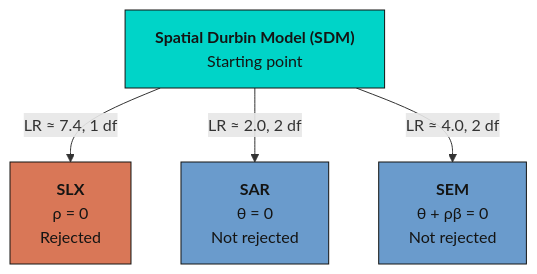
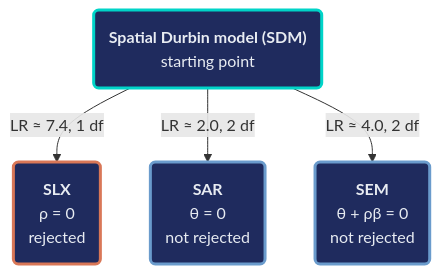
Before and after one commit to cmg777/starter-academic-v501: the third of 3 diagrams in content/post/stata_sp_regression_cross_section/index.md, drawn with Mermaid. The commit also changed other lines of this file and 10 other files, not shown here.

First line of the commit message:
content(mermaid): restyle flowcharts in Stata posts (batch 2 of 2) and the EM publication (EN/ES/JA); add log

````diff
--- a/content/post/stata_sp_regression_cross_section/index.md
+++ b/content/post/stata_sp_regression_cross_section/index.md
@@ -775,16 +777,17 @@
 ```mermaid
 graph TD
-    SDM["<b>Spatial Durbin Model (SDM)</b><br/>Starting point"]
-    SLX["<b>SLX</b><br/>ρ = 0<br/>Rejected"]
-    SAR["<b>SAR</b><br/>θ = 0<br/>Not rejected"]
-    SEM["<b>SEM</b><br/>θ + ρβ = 0<br/>Not rejected"]
+    SDM("<b>Spatial Durbin model (SDM)</b><br/>starting point")
+    SLX("<b>SLX</b><br/>ρ = 0<br/>rejected")
+    SAR("<b>SAR</b><br/>θ = 0<br/>not rejected")
+    SEM("<b>SEM</b><br/>θ + ρβ = 0<br/>not rejected")
 
     SDM -->|"LR ≈ 7.4, 1 df"| SLX
     SDM -->|"LR ≈ 2.0, 2 df"| SAR
     SDM -->|"LR ≈ 4.0, 2 df"| SEM
-
-    style SDM fill:#00d4c8,stroke:#141413,color:#141413
-    style SLX fill:#d97757,stroke:#141413,color:#141413
-    style SAR fill:#6a9bcc,stroke:#141413,color:#141413
-    style SEM fill:#6a9bcc,stroke:#141413,color:#141413
+    classDef teal fill:#1f2b5e,stroke:#00d4c8,stroke-width:3px,color:#e8ecf2
+    classDef orange fill:#1f2b5e,stroke:#d97757,stroke-width:3px,color:#e8ecf2
+    classDef blue fill:#1f2b5e,stroke:#6a9bcc,stroke-width:3px,color:#e8ecf2
+    class SDM teal
+    class SLX orange
+    class SAR,SEM blue
 ```
````
